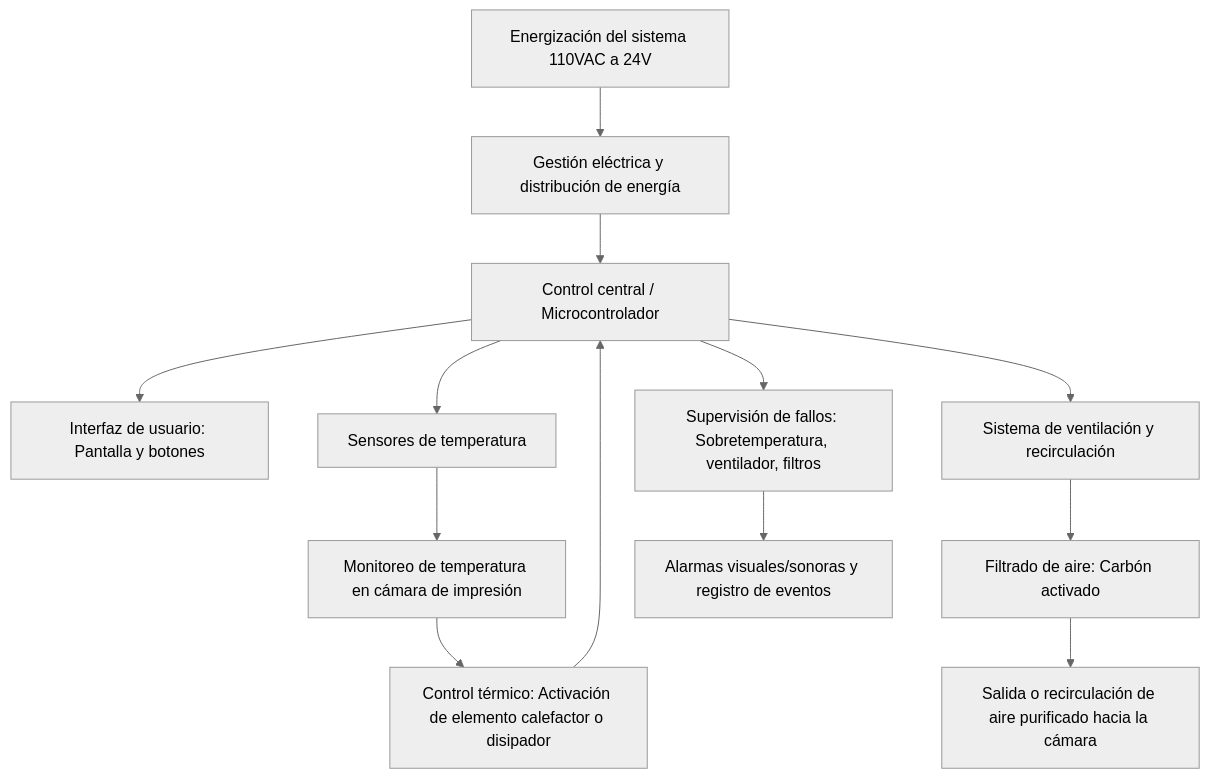
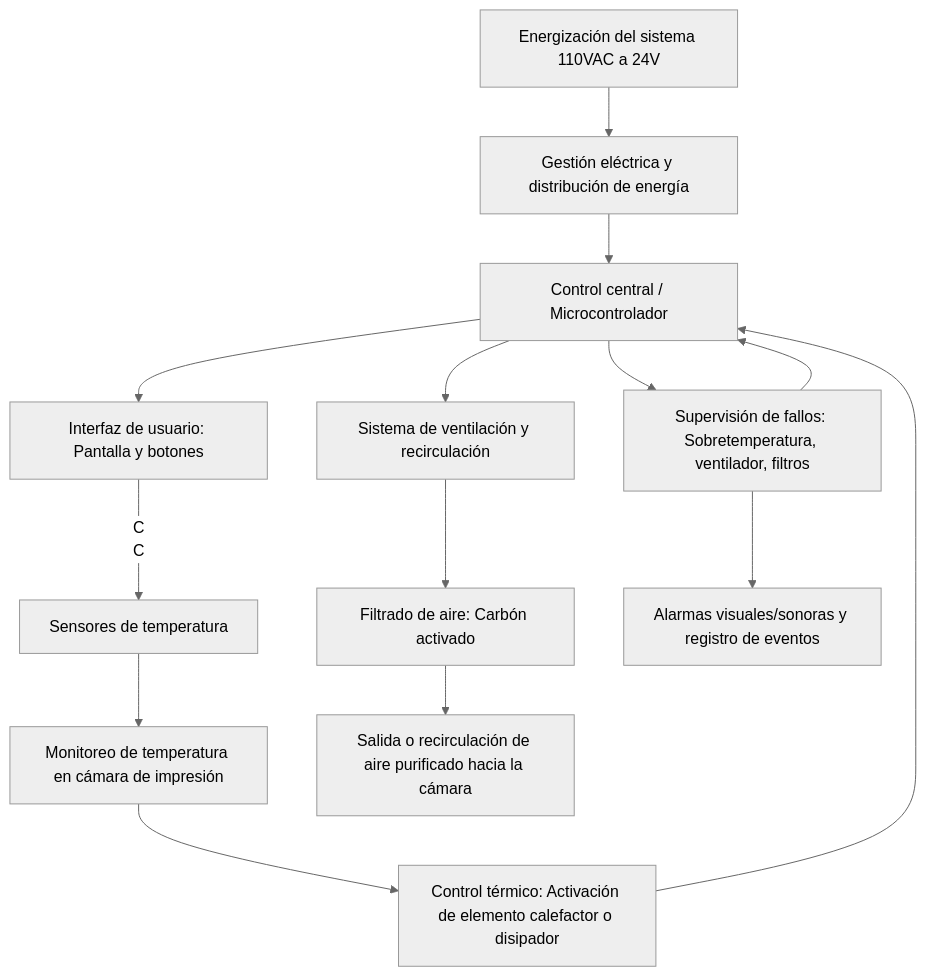
The second of 2 diagrams in README.md (isamendo17/Proyecto_final_robotica), drawn with Mermaid (neutral theme) before and after one commit.

````diff
--- a/README.md
+++ b/README.md
@@ -51,23 +51,25 @@
 ```mermaid
 flowchart TD
     A[Energización del sistema 110VAC a 24V] --> B[Gestión eléctrica y distribución de energía]
     B --> C[Control central / Microcontrolador]
     
     %% Sensores e interfaz
     C --> D[Interfaz de usuario: Pantalla y botones]
+    D -- C
     C --> E[Sensores de temperatura]
     
     %% Control térmico
     E --> F[Monitoreo de temperatura en cámara de impresión]
     F --> G[Control térmico: Activación de elemento calefactor o disipador]
     G --> C
     
     %% Purificación de aire
     C --> H[Sistema de ventilación y recirculación]
     H --> I[Filtrado de aire: Carbón activado]
     I --> J[Salida o recirculación de aire purificado hacia la cámara]
     
     %% Seguridad y alarmas
     C --> K[Supervisión de fallos: Sobretemperatura, ventilador, filtros]
+    K --> C
     K --> L[Alarmas visuales/sonoras y registro de eventos]
 ```
````
